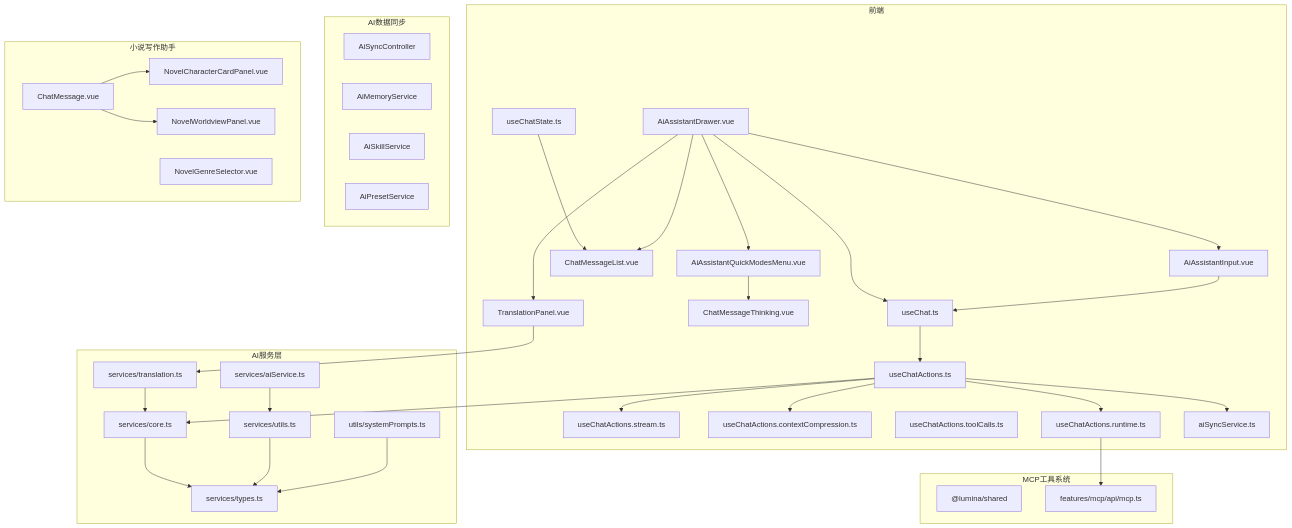
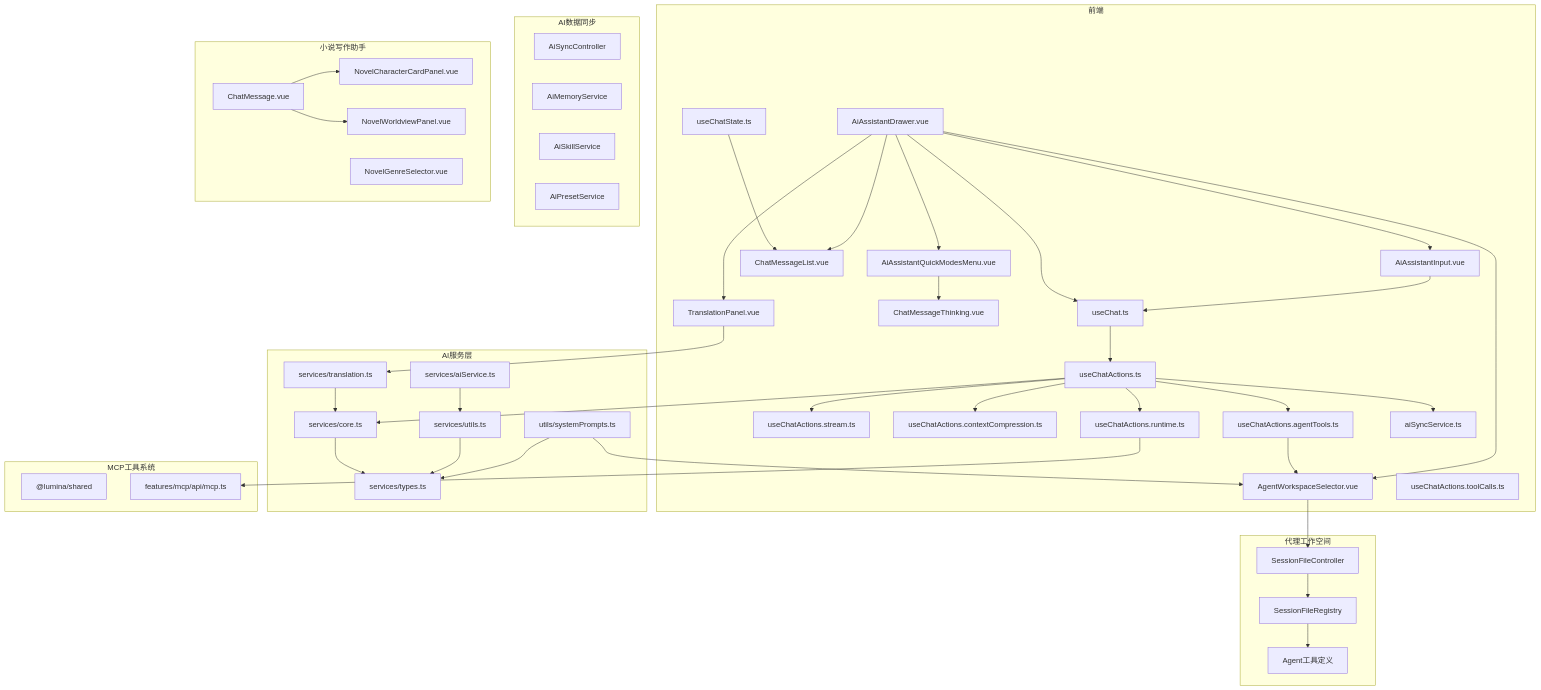
One commit to xixixiaoyu/Todo changed the first of 20 diagrams in .qoder/repowiki/zh/content/核心模块/AI助手系统/AI助手系统.md. Above: the diagram before and after it, drawn with Mermaid. The commit also changed other lines of this file and 6 other files, not shown here.

````diff
--- a/.qoder/repowiki/zh/content/核心模块/AI助手系统/AI助手系统.md
+++ b/.qoder/repowiki/zh/content/核心模块/AI助手系统/AI助手系统.md
@@ -80,66 +89,80 @@
 ```mermaid
 graph TB
 subgraph "前端"
 Drawer["AiAssistantDrawer.vue"]
 Input["AiAssistantInput.vue"]
 MsgList["ChatMessageList.vue"]
 Translation["TranslationPanel.vue"]
 QuickModes["AiAssistantQuickModesMenu.vue"]
 Thinking["ChatMessageThinking.vue"]
+Workspace["AgentWorkspaceSelector.vue"]
 ChatState["useChatState.ts"]
 Chat["useChat.ts"]
 Actions["useChatActions.ts"]
 Stream["useChatActions.stream.ts"]
 ActionsCtx["useChatActions.contextCompression.ts"]
 Tools["useChatActions.toolCalls.ts"]
 Runtime["useChatActions.runtime.ts"]
+AgentTools["useChatActions.agentTools.ts"]
 Sync["aiSyncService.ts"]
 end
 subgraph "AI服务层"
 Core["services/core.ts"]
 Types["services/types.ts"]
 Utils["services/utils.ts"]
 Entry["services/aiService.ts"]
 TranslationSvc["services/translation.ts"]
 SystemPrompts["utils/systemPrompts.ts"]
 end
 subgraph "MCP工具系统"
 MCPPkg["@lumina/shared"]
 MCPAPI["features/mcp/api/mcp.ts"]
 end
 subgraph "AI数据同步"
 SyncCtrl["AiSyncController"]
 SyncMem["AiMemoryService"]
 SyncSkill["AiSkillService"]
 SyncPreset["AiPresetService"]
 end
+subgraph "代理工作空间"
+WorkspaceCtrl["SessionFileController"]
+WorkspaceReg["SessionFileRegistry"]
+AgentToolsDef["Agent工具定义"]
+end
 subgraph "小说写作助手"
 CharPanel["NovelCharacterCardPanel.vue"]
 GenreSelector["NovelGenreSelector.vue"]
 WorldviewPanel["NovelWorldviewPanel.vue"]
 MsgComponent["ChatMessage.vue"]
 end
 Drawer --> Chat
 Chat --> Actions
 Actions --> Stream
 Actions --> Core
 Actions --> ActionsCtx
 Actions --> Runtime
+Actions --> AgentTools
 Actions --> Sync
+AgentTools --> Workspace
 Runtime --> MCPAPI
 Core --> Types
 Utils --> Types
 Entry --> Utils
 ChatState --> MsgList
 Input --> Chat
 Drawer --> Input
 Drawer --> MsgList
 Drawer --> Translation
 Drawer --> QuickModes
+Drawer --> Workspace
 QuickModes --> Thinking
 Translation --> TranslationSvc
 TranslationSvc --> Core
 SystemPrompts --> Types
+SystemPrompts --> Workspace
+Workspace --> WorkspaceCtrl
+WorkspaceCtrl --> WorkspaceReg
+WorkspaceReg --> AgentToolsDef
 MsgComponent --> CharPanel
 MsgComponent --> WorldviewPanel
 ```
````
